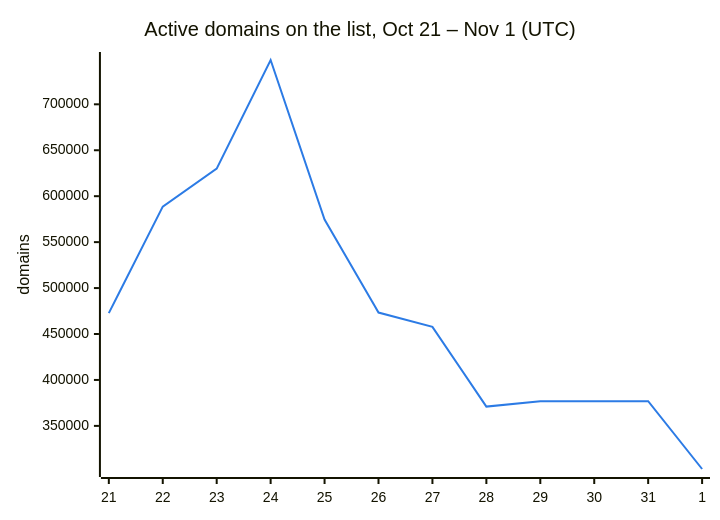
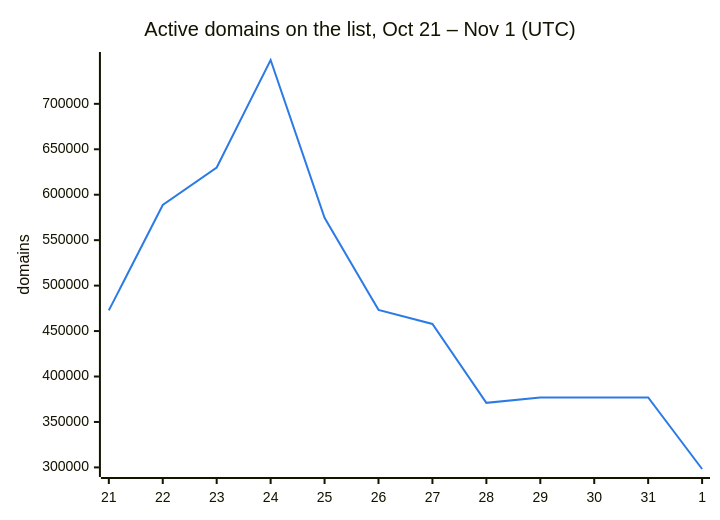
One commit to DNSBunker/CTI changed the second of 3 diagrams in README.md. Above: the diagram before and after it, drawn with Mermaid. The commit also changed other lines of this file and 3 other files, not shown here.

````diff
--- a/README.md
+++ b/README.md
@@ -38,8 +38,8 @@
 ```mermaid
 %%{init: {"themeVariables": {"xyChart": {"plotColorPalette": "#2c7be5"}}}}%%
 xychart-beta
     title "Active domains on the list, Oct 21 – Nov 1 (UTC)"
     x-axis ["21", "22", "23", "24", "25", "26", "27", "28", "29", "30", "31", "1"]
     y-axis "domains"
-    line [472713, 588659, 629951, 748222, 574614, 473331, 457795, 371010, 376945, 376945, 376945, 303080]
+    line [472713, 588659, 629951, 748222, 574614, 473331, 457795, 371010, 376945, 376945, 376945, 298243]
 ```
````
